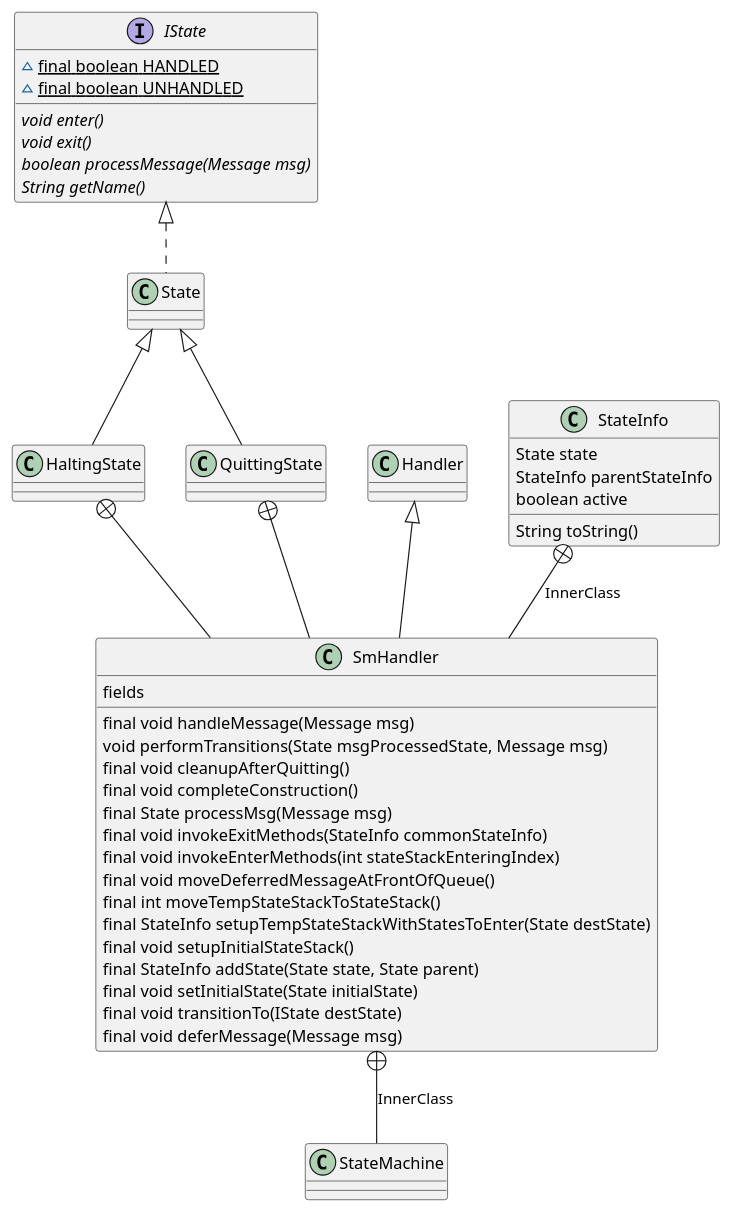
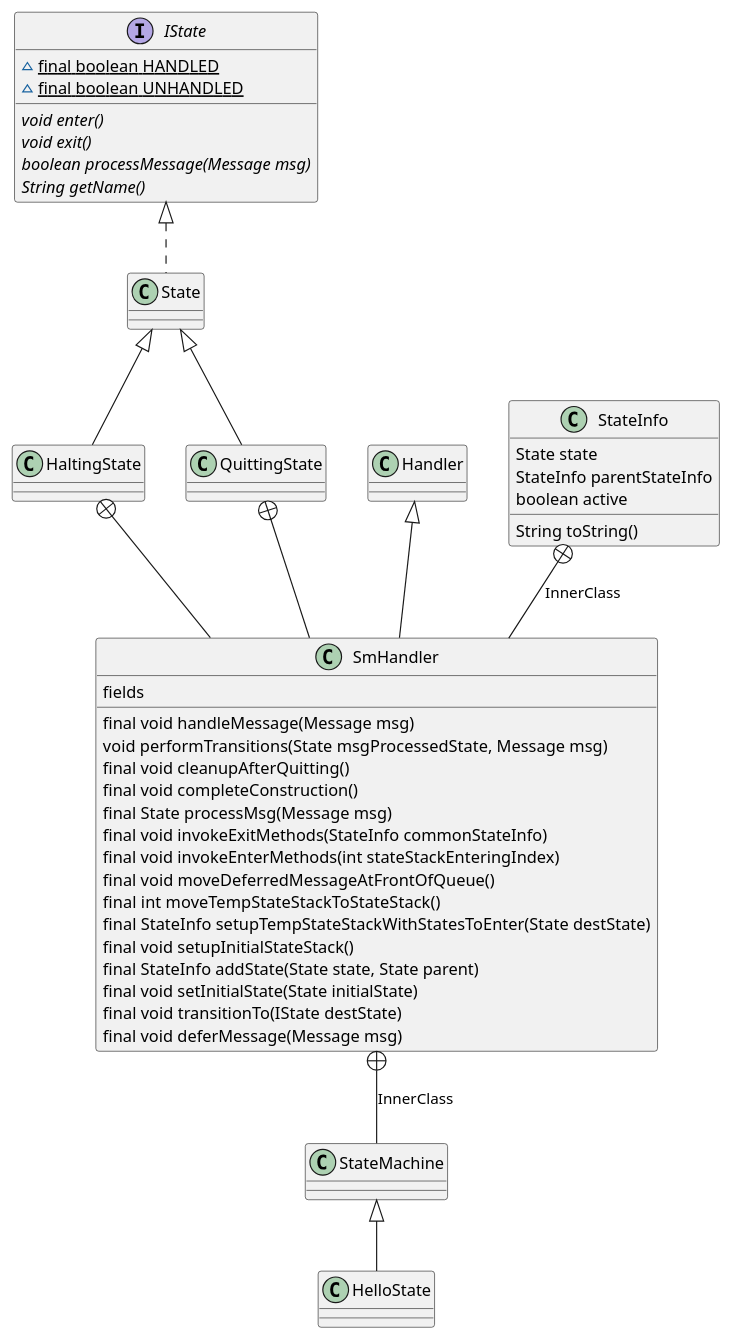
Before and after one commit to PJH0x0/hexo-backup: the diagram in source/_posts/android/statemachine/statemachine-class.puml, drawn with PlantUML. The commit also changed 6 other files, not shown here.

```diff
--- a/source/_posts/android/statemachine/statemachine-class.puml
+++ b/source/_posts/android/statemachine/statemachine-class.puml
@@ -1,44 +1,45 @@
 @startuml
 interface IState {
     ~ {static} final boolean HANDLED
     ~ {static} final boolean UNHANDLED
     {abstract} void enter()
     {abstract} void exit()
     {abstract} boolean processMessage(Message msg)
     {abstract} String getName()
 }
 IState <|.. State
 Handler <|-- SmHandler
 class SmHandler {
     {field} fields
     final void handleMessage(Message msg)
     void performTransitions(State msgProcessedState, Message msg)
     final void cleanupAfterQuitting()
     final void completeConstruction()
     final State processMsg(Message msg)
     final void invokeExitMethods(StateInfo commonStateInfo)
     final void invokeEnterMethods(int stateStackEnteringIndex)
     final void moveDeferredMessageAtFrontOfQueue()
     final int moveTempStateStackToStateStack()
     final StateInfo setupTempStateStackWithStatesToEnter(State destState)
     final void setupInitialStateStack()
     final StateInfo addState(State state, State parent)
     final void setInitialState(State initialState)
     final void transitionTo(IState destState)
     final void deferMessage(Message msg)
 }
 SmHandler +-- StateMachine : InnerClass
+StateMachine <|-- HelloState
 class StateInfo {
     State state
     StateInfo parentStateInfo
     boolean active
     String toString()
 }
 StateInfo +-- SmHandler : InnerClass
 State <|-- HaltingState
 HaltingState +-- SmHandler
 State <|-- QuittingState
 QuittingState +-- SmHandler
 
 
 @enduml
```
